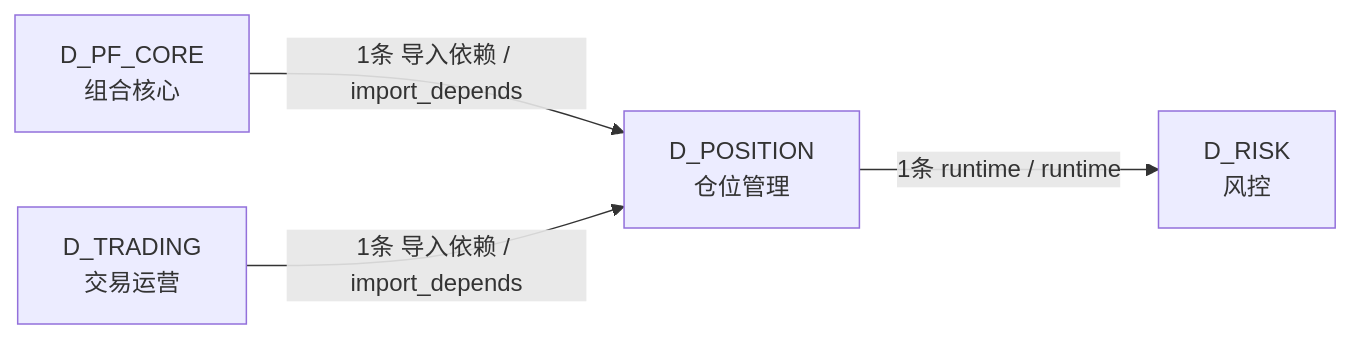
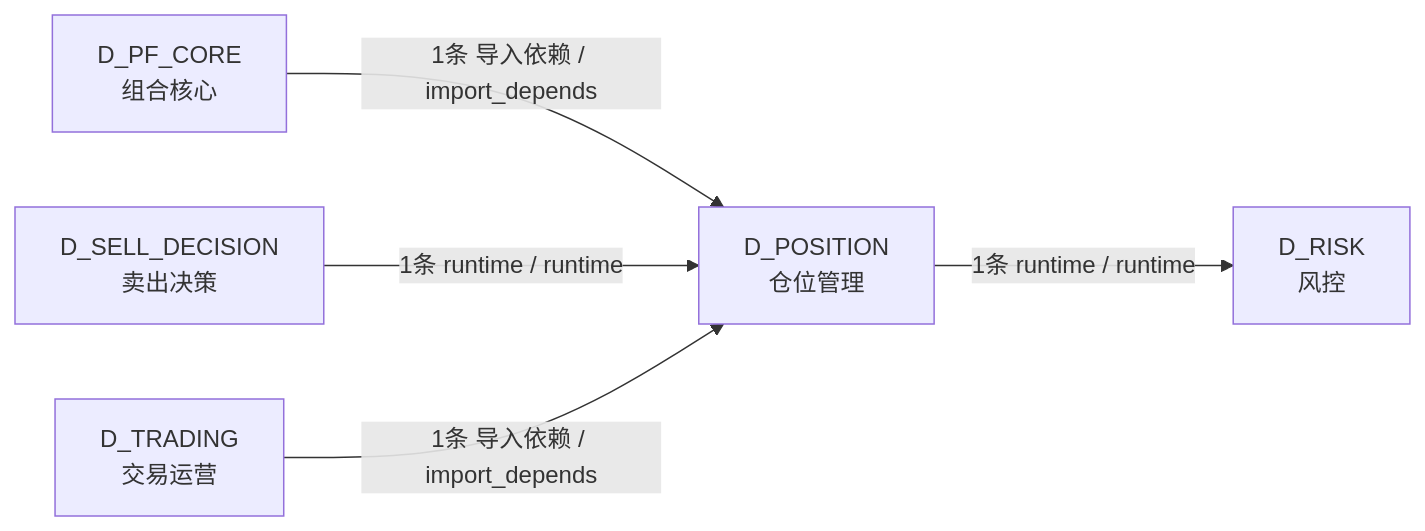
The third of 3 diagrams in docs/02_enterprise_architecture/02_domain_architecture_docs/64_d_position.md (xuanFelixVan/ZephyrAlpha), drawn with Mermaid before and after one commit. The commit also changed other lines of this file and 48 other files, not shown here.

````diff
--- a/docs/02_enterprise_architecture/02_domain_architecture_docs/64_d_position.md
+++ b/docs/02_enterprise_architecture/02_domain_architecture_docs/64_d_position.md
@@ -109,10 +109,12 @@
 ```mermaid
 graph LR
     D_POSITION["D_POSITION<br/>仓位管理"]
     D_RISK["D_RISK<br/>风控"]
     D_PF_CORE["D_PF_CORE<br/>组合核心"]
+    D_SELL_DECISION["D_SELL_DECISION<br/>卖出决策"]
     D_TRADING["D_TRADING<br/>交易运营"]
     D_POSITION -->|1条 runtime / runtime| D_RISK
     D_PF_CORE -->|1条 导入依赖 / import_depends| D_POSITION
+    D_SELL_DECISION -->|1条 runtime / runtime| D_POSITION
     D_TRADING -->|1条 导入依赖 / import_depends| D_POSITION
 ```
````
